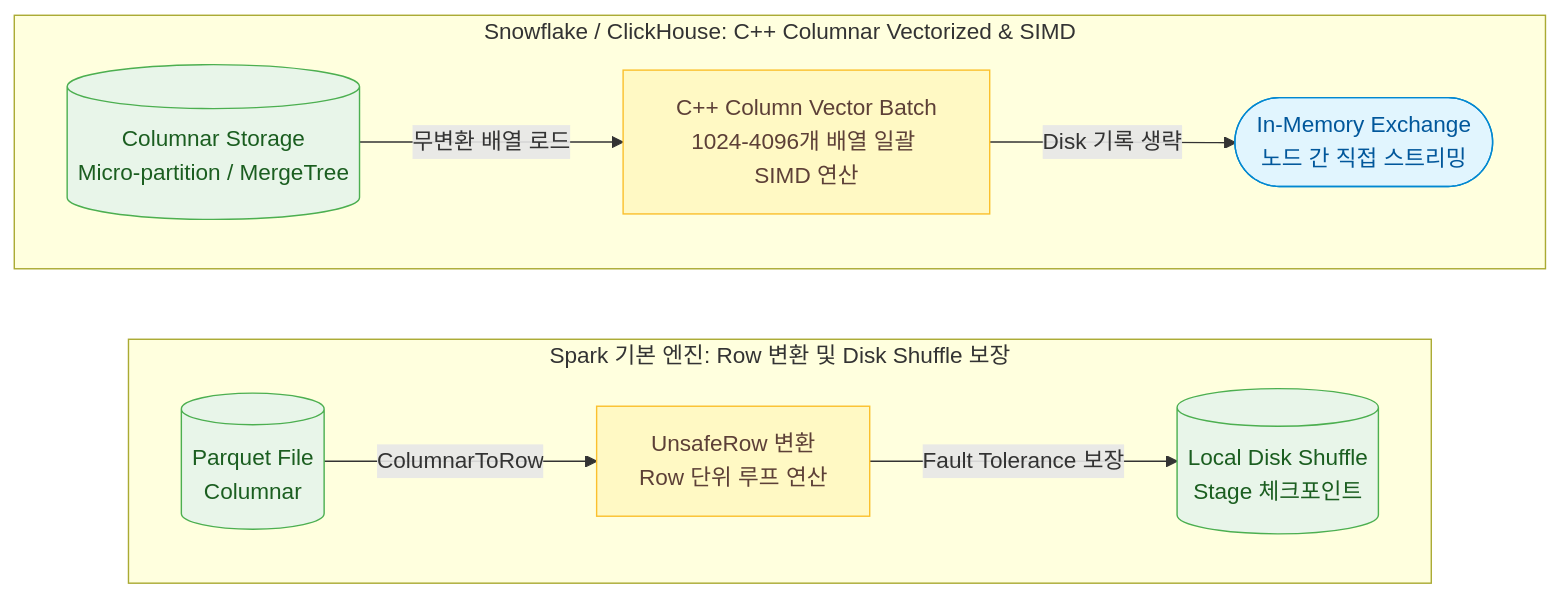
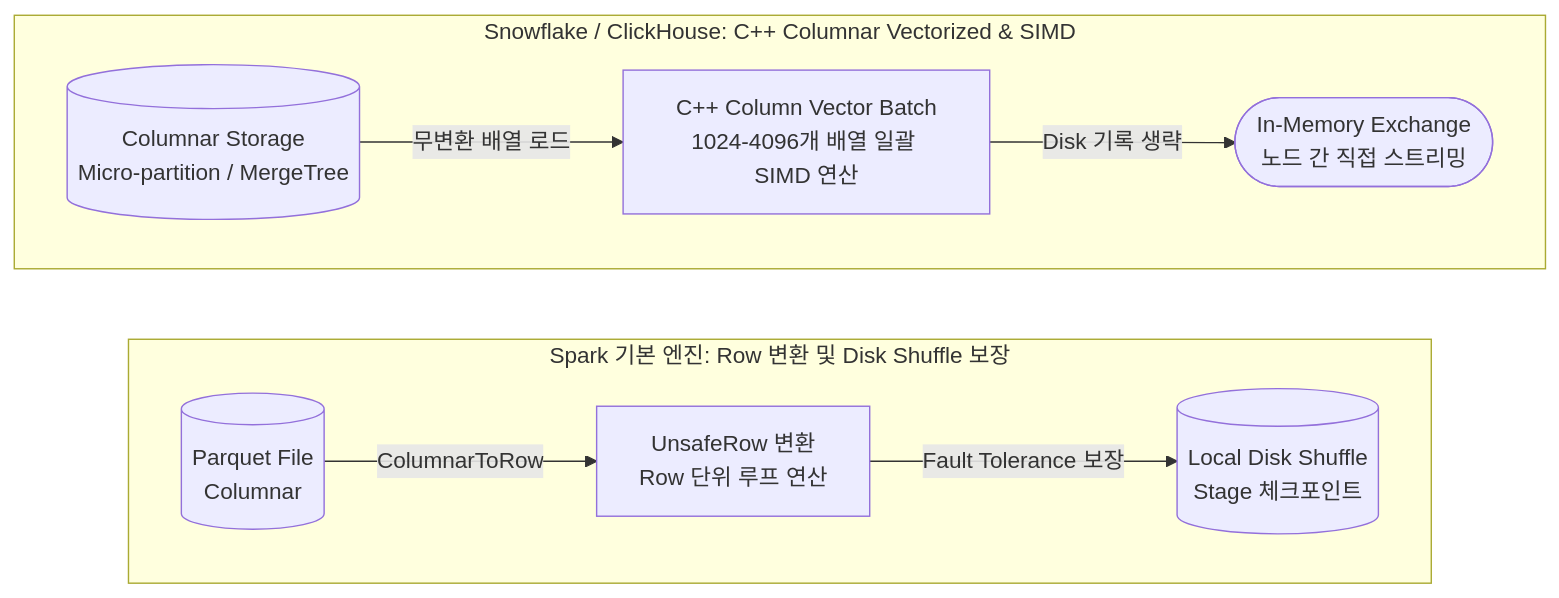
Before and after one commit to djpibo/djpibo.github.io: the fifth of 11 diagrams in docs/dbms/distributed/mapreduce-spark-and-distributed-db-internals.md, drawn with Mermaid. The commit also changed other lines of this file and 8 other files, not shown here.

Commit message:
style(mermaid): unify all diagrams to monochrome and remove colored rect boxes

````diff
--- a/docs/dbms/distributed/mapreduce-spark-and-distributed-db-internals.md
+++ b/docs/dbms/distributed/mapreduce-spark-and-distributed-db-internals.md
@@ -280,24 +266,21 @@
 ```mermaid
 flowchart LR
-    classDef storage fill:#E8F5E9,stroke:#4CAF50,color:#1B5E20;
-    classDef process fill:#FFF9C4,stroke:#FBC02D,color:#5D4037;
-    classDef cloud fill:#E1F5FE,stroke:#0288D1,color:#01579B;
 
     subgraph SPARK_ENG ["Spark 기본 엔진: Row 변환 및 Disk Shuffle 보장"]
         direction LR
-        S_PARQ[("Parquet File<br/>Columnar")]:::storage
-        S_ROW["UnsafeRow 변환<br/>Row 단위 루프 연산"]:::process
-        S_DISK[("Local Disk Shuffle<br/>Stage 체크포인트")]:::storage
+        S_PARQ[("Parquet File<br/>Columnar")]
+        S_ROW["UnsafeRow 변환<br/>Row 단위 루프 연산"]
+        S_DISK[("Local Disk Shuffle<br/>Stage 체크포인트")]
         S_PARQ -->|"ColumnarToRow"| S_ROW
         S_ROW -->|"Fault Tolerance 보장"| S_DISK
     end
 
     subgraph MPP_ENG ["Snowflake / ClickHouse: C++ Columnar Vectorized & SIMD"]
         direction LR
-        M_COL[("Columnar Storage<br/>Micro-partition / MergeTree")]:::storage
-        M_VEC["C++ Column Vector Batch<br/>1024-4096개 배열 일괄 SIMD 연산"]:::process
-        M_NET(["In-Memory Exchange<br/>노드 간 직접 스트리밍"]):::cloud
+        M_COL[("Columnar Storage<br/>Micro-partition / MergeTree")]
+        M_VEC["C++ Column Vector Batch<br/>1024-4096개 배열 일괄 SIMD 연산"]
+        M_NET(["In-Memory Exchange<br/>노드 간 직접 스트리밍"])
         M_COL -->|"무변환 배열 로드"| M_VEC
         M_VEC -->|"Disk 기록 생략"| M_NET
     end
 ```
````
